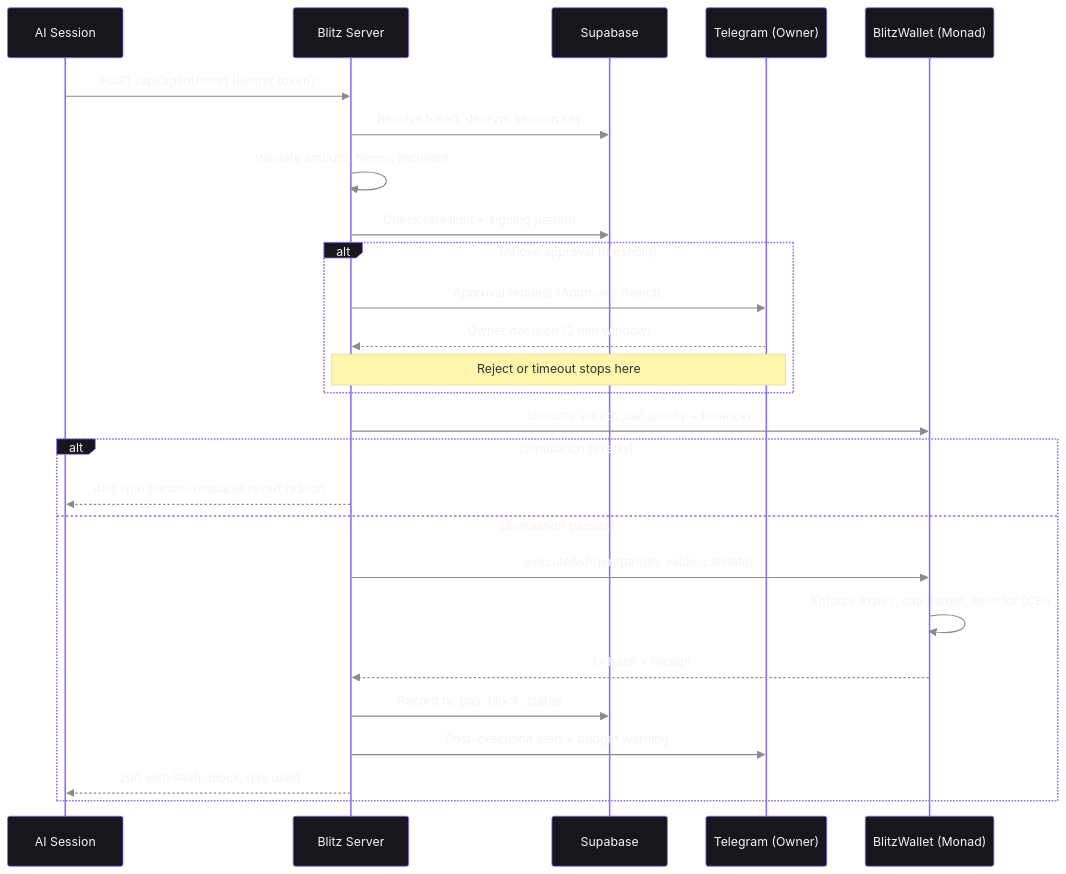
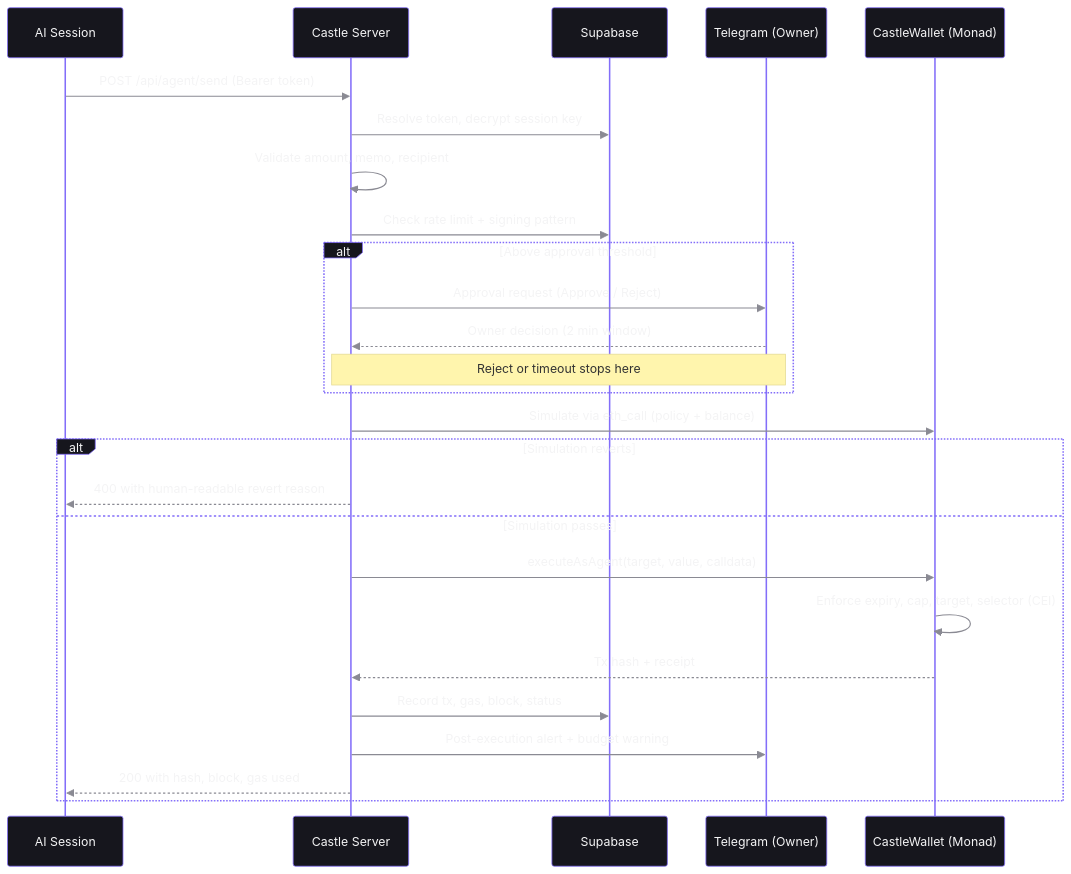
One commit to algosavant3010/castle changed the third of 10 diagrams in README.md. Above: the diagram before and after it, drawn with Mermaid. The commit also changed other lines of this file and 68 other files, not shown here.

````diff
--- a/README.md
+++ b/README.md
@@ -212,30 +212,30 @@
 ```mermaid
 %%{init: {"theme":"base","themeVariables":{"primaryColor":"#16161D","primaryTextColor":"#F4F4F5","primaryBorderColor":"#836EF9","lineColor":"#8A8A93","actorTextColor":"#F4F4F5","signalColor":"#8A8A93","signalTextColor":"#F4F4F5"}}}%%
 sequenceDiagram
     participant A as AI Session
-    participant S as Blitz Server
+    participant S as Castle Server
     participant DB as Supabase
     participant T as Telegram (Owner)
-    participant C as BlitzWallet (Monad)
+    participant C as CastleWallet (Monad)
 
     A->>S: POST /api/agent/send (Bearer token)
     S->>DB: Resolve token, decrypt session key
     S->>S: Validate amount, memo, recipient
     S->>DB: Check rate limit + signing pattern
     alt Above approval threshold
         S->>T: Approval request (Approve / Reject)
         T-->>S: Owner decision (2 min window)
         Note over S,T: Reject or timeout stops here
     end
     S->>C: Simulate via eth_call (policy + balance)
     alt Simulation reverts
         S-->>A: 400 with human-readable revert reason
     else Simulation passes
         S->>C: executeAsAgent(target, value, calldata)
         C->>C: Enforce expiry, cap, target, selector (CEI)
         C-->>S: Tx hash + receipt
         S->>DB: Record tx, gas, block, status
         S->>T: Post-execution alert + budget warning
         S-->>A: 200 with hash, block, gas used
     end
 ```
````
